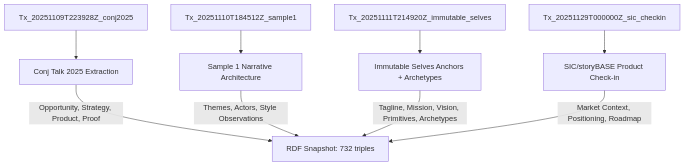
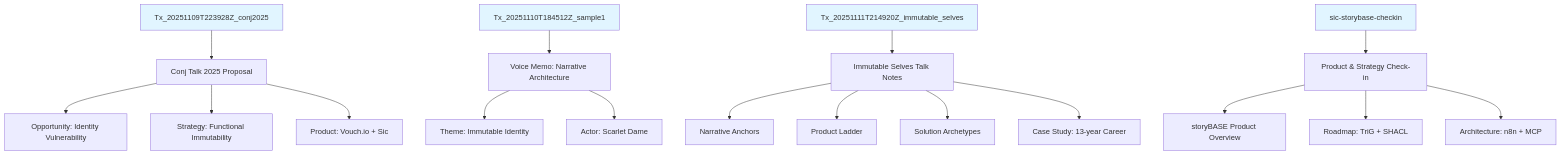
The first of 2 diagrams in README.md (Synthetic-Identity-Co/conj-talk-2025), drawn with Mermaid before and after one commit. The commit also changed other lines of this file, not shown here.

Commit message:
story:  cfc04181ce0f692efd5a6dcc78425cb4fc93dfc8

````diff
--- a/README.md
+++ b/README.md
@@ -63,14 +92,28 @@
 ```mermaid
 graph TD
-    T1[Tx_20251109T223928Z_conj2025] --> S1[Conj Talk 2025 Extraction]
-    T2[Tx_20251110T184512Z_sample1] --> S2[Sample 1 Narrative Architecture]
-    T3[Tx_20251111T214920Z_immutable_selves] --> S3[Immutable Selves Anchors + Archetypes]
-    T4[Tx_20251129T000000Z_sic_checkin] --> S4[SIC/storyBASE Product Check-in]
+    A[Tx_20251109T223928Z_conj2025] --> B[Conj Talk 2025 Proposal]
+    C[Tx_20251110T184512Z_sample1] --> D[Voice Memo: Narrative Architecture]
+    E[Tx_20251111T214920Z_immutable_selves] --> F[Immutable Selves Talk Notes]
+    G[sic-storybase-checkin] --> H[Product & Strategy Check-in]
     
-    S1 --> |Opportunity, Strategy, Product, Proof| Graph
-    S2 --> |Themes, Actors, Style Observations| Graph
-    S3 --> |Tagline, Mission, Vision, Primitives, Archetypes| Graph
-    S4 --> |Market Context, Positioning, Roadmap| Graph
+    B --> I[Opportunity: Identity Vulnerability]
+    B --> J[Strategy: Functional Immutability]
+    B --> K[Product: Vouch.io + Sic]
     
-    Graph[RDF Snapshot: 732 triples]
+    D --> L[Theme: Immutable Identity]
+    D --> M[Actor: Scarlet Dame]
+    
+    F --> N[Narrative Anchors]
+    F --> O[Product Ladder]
+    F --> P[Solution Archetypes]
+    F --> Q[Case Study: 13-year Career]
+    
+    H --> R[storyBASE Product Overview]
+    H --> S[Roadmap: TriG + SHACL]
+    H --> T[Architecture: n8n + MCP]
+    
+    style A fill:#e1f5ff
+    style C fill:#e1f5ff
+    style E fill:#e1f5ff
+    style G fill:#e1f5ff
 ```
````
